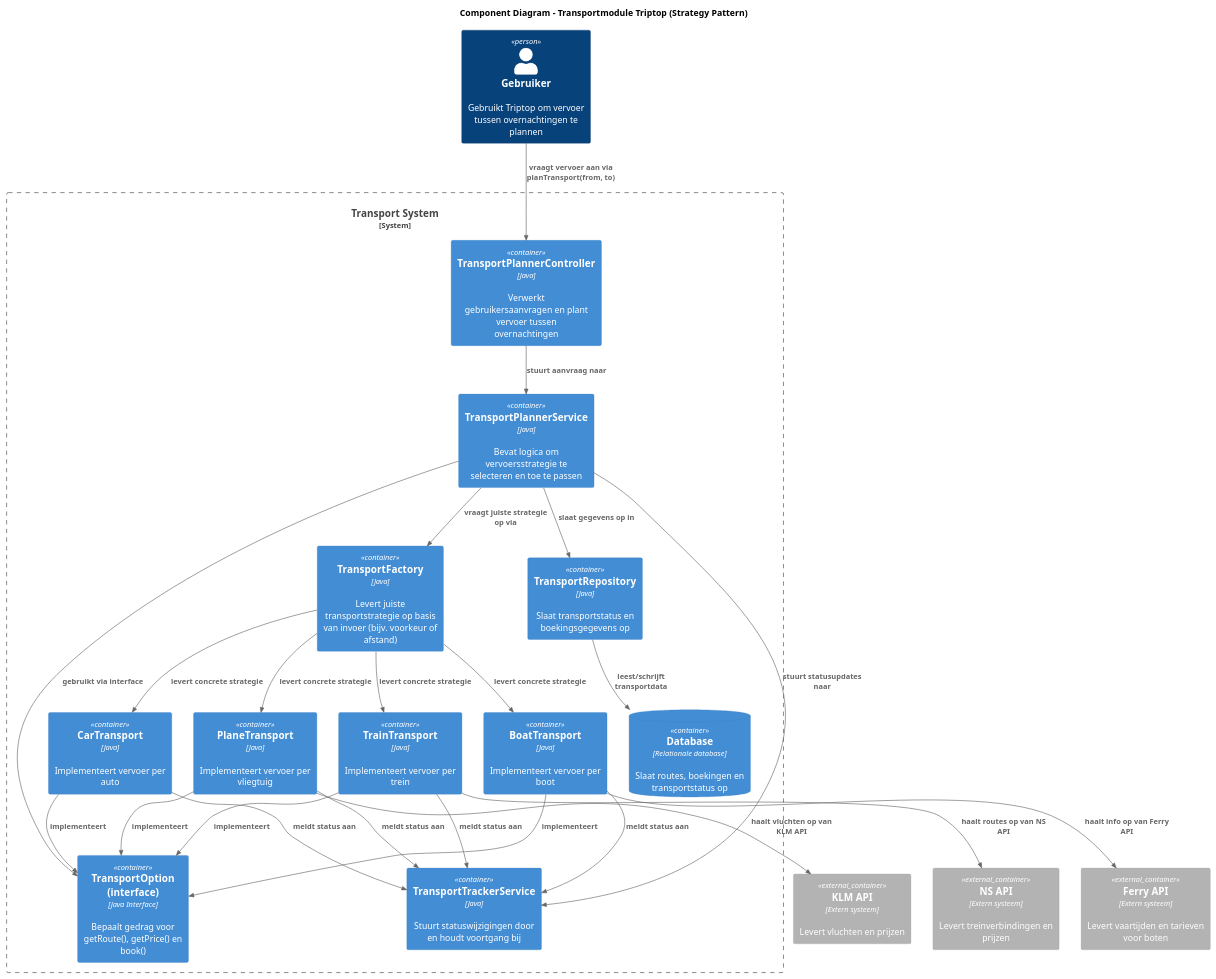
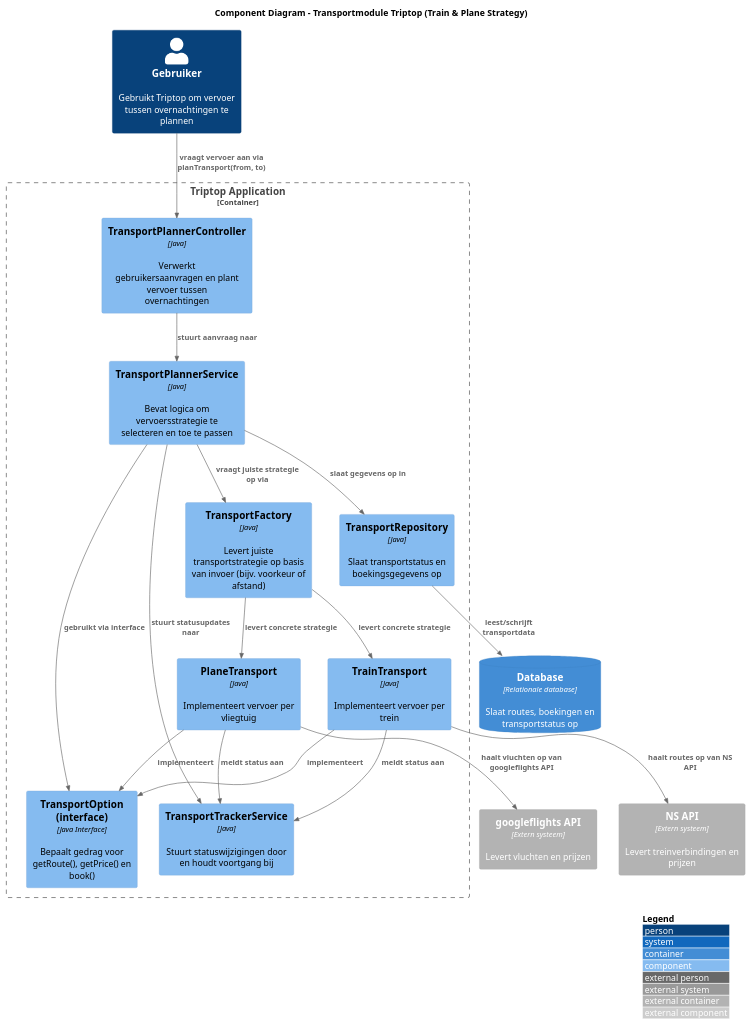
One commit to AIM-ENE-feb25/triptop-sqr-tech changed the diagram in W3/Diagrammen/ComponentD/RickComponentDiagram.puml. Above: the diagram before and after it, drawn with PlantUML. The commit also changed 8 other files, not shown here.

```diff
--- a/W3/Diagrammen/ComponentD/RickComponentDiagram.puml
+++ b/W3/Diagrammen/ComponentD/RickComponentDiagram.puml
@@ -1,70 +1,60 @@
 @startuml
 !include https://raw.githubusercontent.com/plantuml-stdlib/C4-PlantUML/master/C4_Component.puml
+LAYOUT_WITH_LEGEND()
+title Component Diagram – Transportmodule Triptop (Train & Plane Strategy)
 
-title Component Diagram – Transportmodule Triptop (Strategy Pattern)
-
-' Actor
 Person(user, "Gebruiker", "Gebruikt Triptop om vervoer tussen overnachtingen te plannen")
 
-System_Boundary(transportSystem, "Transport System") {
+' Container waarbinnen de componenten bestaan
+Container_Boundary(app, "Triptop Application") {
 
   ' Controllers
-  Container(controller, "TransportPlannerController", "Java", "Verwerkt gebruikersaanvragen en plant vervoer tussen overnachtingen")
+  Component(controller, "TransportPlannerController", "Java", "Verwerkt gebruikersaanvragen en plant vervoer tussen overnachtingen")
 
   ' Services (businesslogica)
-  Container(service, "TransportPlannerService", "Java", "Bevat logica om vervoersstrategie te selecteren en toe te passen")
+  Component(service, "TransportPlannerService", "Java", "Bevat logica om vervoersstrategie te selecteren en toe te passen")
 
   ' Factory
-  Container(factory, "TransportFactory", "Java", "Levert juiste transportstrategie op basis van invoer (bijv. voorkeur of afstand)")
+  Component(factory, "TransportFactory", "Java", "Levert juiste transportstrategie op basis van invoer (bijv. voorkeur of afstand)")
 
   ' Transportstrategie-interface
-  Container(interface, "TransportOption (interface)", "Java Interface", "Bepaalt gedrag voor getRoute(), getPrice() en book()")
+  Component(interface, "TransportOption (interface)", "Java Interface", "Bepaalt gedrag voor getRoute(), getPrice() en book()")
 
   ' Concrete strategieën (implementaties)
-  Container(car, "CarTransport", "Java", "Implementeert vervoer per auto")
-  Container(train, "TrainTransport", "Java", "Implementeert vervoer per trein")
-  Container(boat, "BoatTransport", "Java", "Implementeert vervoer per boot")
-  Container(plane, "PlaneTransport", "Java", "Implementeert vervoer per vliegtuig")
+  Component(train, "TrainTransport", "Java", "Implementeert vervoer per trein")
+  Component(plane, "PlaneTransport", "Java", "Implementeert vervoer per vliegtuig")
 
   ' Opslag en tracking
-  Container(repo, "TransportRepository", "Java", "Slaat transportstatus en boekingsgegevens op")
-  Container(tracker, "TransportTrackerService", "Java", "Stuurt statuswijzigingen door en houdt voortgang bij")
-
-  ' Database
-  ContainerDb(database, "Database", "Relationale database", "Slaat routes, boekingen en transportstatus op")
+  Component(repo, "TransportRepository", "Java", "Slaat transportstatus en boekingsgegevens op")
+  Component(tracker, "TransportTrackerService", "Java", "Stuurt statuswijzigingen door en houdt voortgang bij")
 }
 
-' Externe services (buiten het systeem!)
+' Database
+ContainerDb(database, "Database", "Relationale database", "Slaat routes, boekingen en transportstatus op")
+
+' Externe services (buiten het systeem! alleen wat nodig is)
 Container_Ext(nsapi, "NS API", "Extern systeem", "Levert treinverbindingen en prijzen")
-Container_Ext(klmapi, "KLM API", "Extern systeem", "Levert vluchten en prijzen")
-Container_Ext(ferryapi, "Ferry API", "Extern systeem", "Levert vaartijden en tarieven voor boten")
+Container_Ext(googleflightsapi, "googleflights API", "Extern systeem", "Levert vluchten en prijzen")
 
 ' Relaties
 Rel(user, controller, "vraagt vervoer aan via planTransport(from, to)")
 Rel(controller, service, "stuurt aanvraag naar")
 Rel(service, factory, "vraagt juiste strategie op via")
-Rel(factory, car, "levert concrete strategie")
 Rel(factory, train, "levert concrete strategie")
-Rel(factory, boat, "levert concrete strategie")
 Rel(factory, plane, "levert concrete strategie")
 
-Rel(car, interface, "implementeert")
 Rel(train, interface, "implementeert")
-Rel(boat, interface, "implementeert")
 Rel(plane, interface, "implementeert")
 Rel(service, interface, "gebruikt via interface")
 
 Rel(service, repo, "slaat gegevens op in")
 Rel(repo, database, "leest/schrijft transportdata")
 Rel(service, tracker, "stuurt statusupdates naar")
 
-Rel(car, tracker, "meldt status aan")
 Rel(train, tracker, "meldt status aan")
-Rel(boat, tracker, "meldt status aan")
 Rel(plane, tracker, "meldt status aan")
 
 Rel(train, nsapi, "haalt routes op van NS API")
-Rel(boat, ferryapi, "haalt info op van Ferry API")
-Rel(plane, klmapi, "haalt vluchten op van KLM API")
+Rel(plane, googleflightsapi, "haalt vluchten op van googleflights API")
 
 @enduml
```
